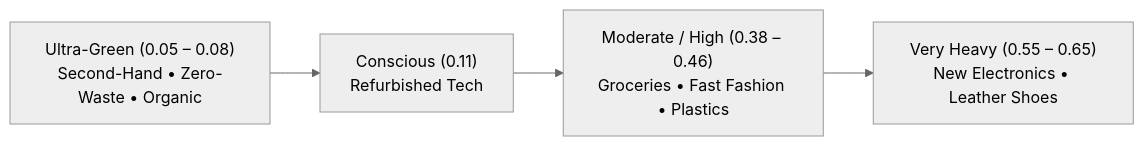
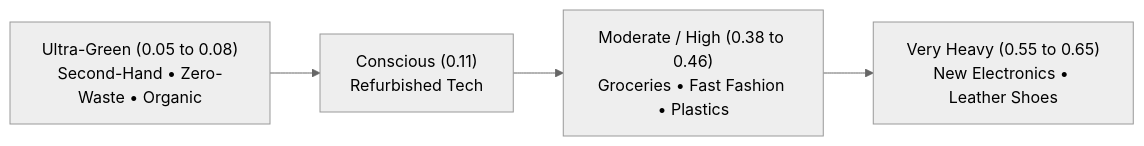
The fourth of 8 diagrams in README.md (parthibcpana/IDAI102-1000544-PARTH-PARVINBHAI-GAJERA-SA), drawn with Mermaid (neutral theme) before and after one commit. The commit also changed other lines of this file, not shown here.

````diff
--- a/README.md
+++ b/README.md
@@ -185,6 +198,6 @@
 ```mermaid
 flowchart LR
-    T1["Ultra-Green (0.05 – 0.08)<br>Second-Hand • Zero-Waste • Organic"] --> T2["Conscious (0.11)<br>Refurbished Tech"]
-    T2 --> T3["Moderate / High (0.38 – 0.46)<br>Groceries • Fast Fashion • Plastics"]
-    T3 --> T4["Very Heavy (0.55 – 0.65)<br>New Electronics • Leather Shoes"]
+    T1["Ultra-Green (0.05 to 0.08)<br>Second-Hand • Zero-Waste • Organic"] --> T2["Conscious (0.11)<br>Refurbished Tech"]
+    T2 --> T3["Moderate / High (0.38 to 0.46)<br>Groceries • Fast Fashion • Plastics"]
+    T3 --> T4["Very Heavy (0.55 to 0.65)<br>New Electronics • Leather Shoes"]
 ```
````
